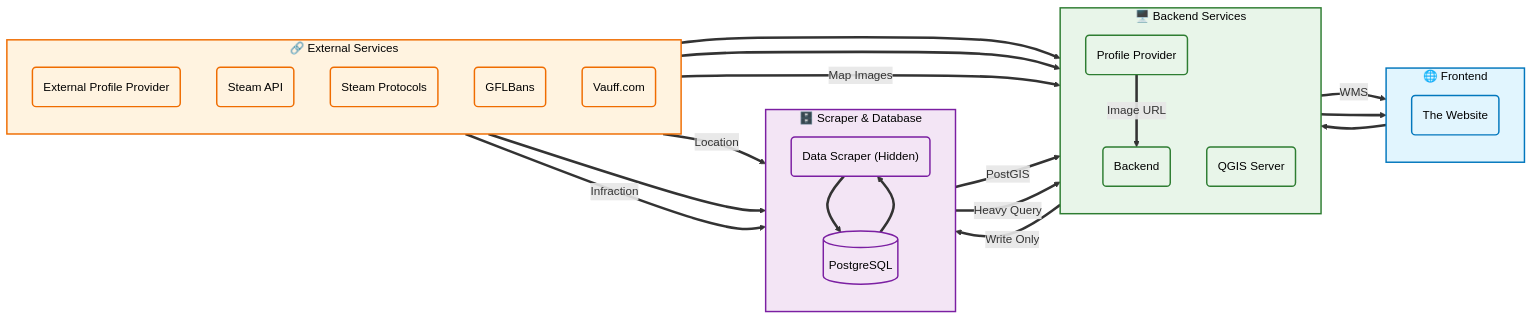
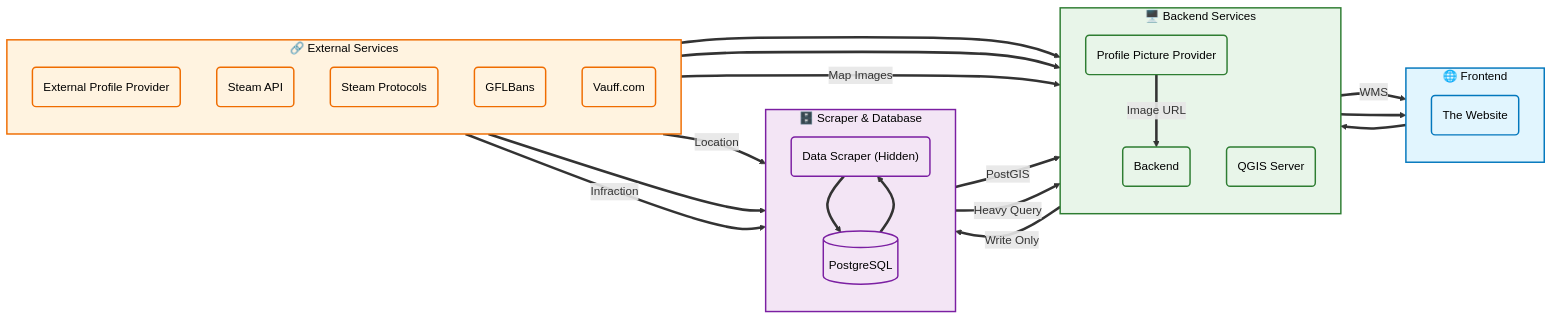
Before and after one commit to InterStella0/gfl-ze-watcher: the diagram in README.md, drawn with Mermaid.

Commit message:
labeling

````diff
--- a/README.md
+++ b/README.md
@@ -12,61 +12,61 @@
 ```mermaid
 flowchart LR
   %% Frontend
   subgraph FE["🌐 Frontend"]
     direction TB
     Website("The Website")
   end
   %% Backend & GIS
   subgraph BE["🖥️ Backend Services"]
     direction TB
     Backend("Backend")
     QGIS("QGIS Server")
-    ProfileProvider("Profile Provider")
+    ProfileProvider("Profile Picture Provider")
   end
   %% Scraper & Database
   subgraph DSDB["🗄️ Scraper & Database"]
     direction TB
     DataScraper("Data Scraper (Hidden)")
     Database[("PostgreSQL")]
   end
   %% External services
   subgraph EX["🔗 External Services"]
     direction TB
     ExternalProfileProvider("External Profile Provider")
     SteamAPI("Steam API")
     SteamProtocol("Steam Protocols")
     GFLBans("GFLBans")
     Vauff("Vauff.com")
   end
   %% Connections with higher contrast arrows
   Website        ==> Backend
   QGIS           == WMS ==> Website
   Database       == PostGIS ==> QGIS
   Backend        ==>|Write Only| Database
   Database       ==>|Heavy Query| Backend
   Backend        ==> Website
   DataScraper    ==> Database
   Database       ==> DataScraper
   ProfileProvider ==>|Image URL| Backend
   SteamAPI       ==> ProfileProvider
   ExternalProfileProvider ==> ProfileProvider
   SteamAPI       ==>|Location| DataScraper
   SteamProtocol  ==> DataScraper
   GFLBans        ==>|Infraction| DataScraper
   Vauff          ==>|Map Images| Backend
   %% GitHub-friendly styles with high contrast and rounded borders
   classDef fe fill:#e1f5fe,stroke:#0277bd,stroke-width:2px,color:#000000
   classDef be fill:#e8f5e9,stroke:#2e7d32,stroke-width:2px,color:#000000
   classDef db fill:#f3e5f5,stroke:#7b1fa2,stroke-width:2px,color:#000000
   classDef ex fill:#fff3e0,stroke:#ef6c00,stroke-width:2px,color:#000000
   %% Apply styling to nodes
   class Website fe
   class Backend,QGIS,ProfileProvider be
   class DataScraper,Database db
   class ExternalProfileProvider,SteamAPI,SteamProtocol,GFLBans,Vauff ex
   %% Style subgraphs with rounded corners
   style FE fill:#e1f5fe,stroke:#0277bd,stroke-width:2px,color:#000000
   style BE fill:#e8f5e9,stroke:#2e7d32,stroke-width:2px,color:#000000
   style DSDB fill:#f3e5f5,stroke:#7b1fa2,stroke-width:2px,color:#000000
   style EX fill:#fff3e0,stroke:#ef6c00,stroke-width:2px,color:#000000
 ```
````
